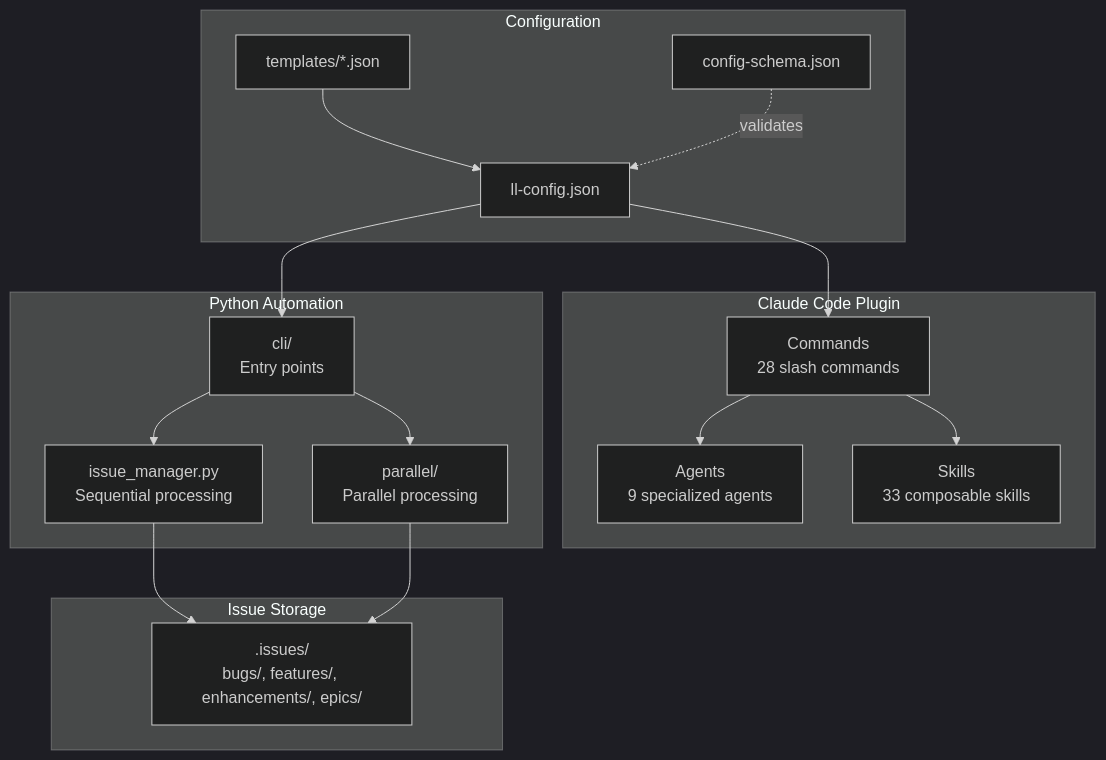
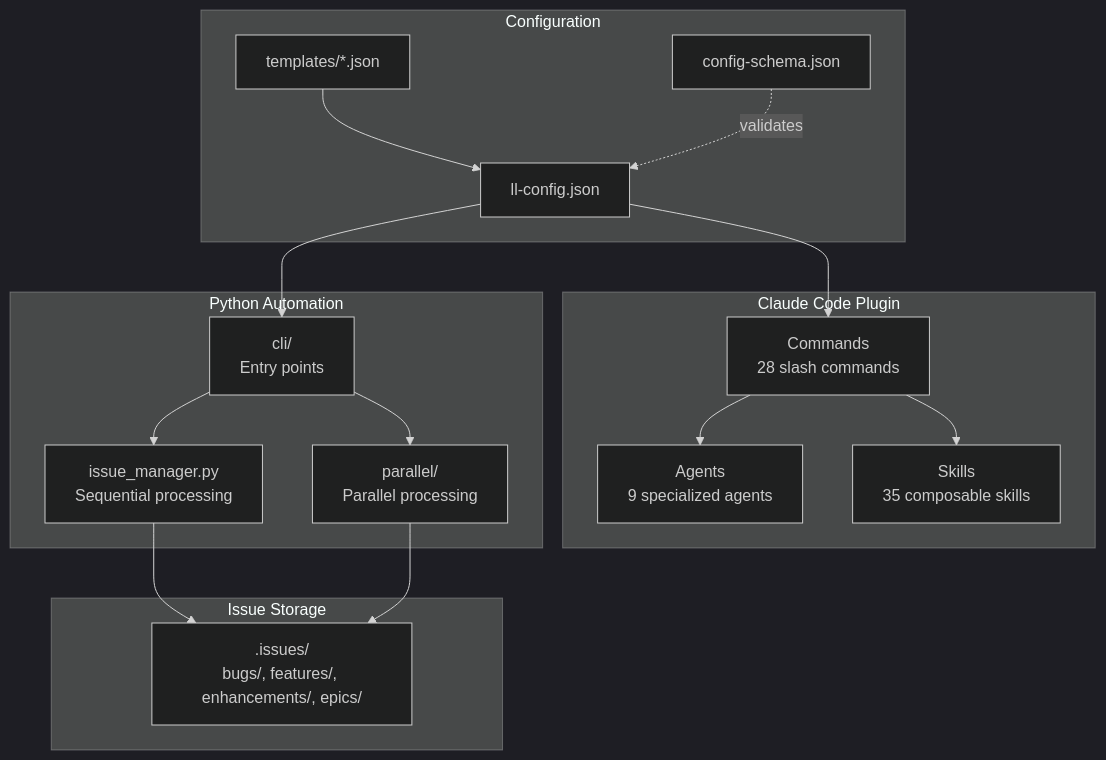
One commit to BrennonTWilliams/little-loops changed the first of 16 diagrams in docs/ARCHITECTURE.md. Above: the diagram before and after it, drawn with Mermaid (dark theme). The commit also changed 1 other file, not shown here.

Commit message:
docs: update component counts to match codebase
Correct stale numeric counts in README.md and ARCHITECTURE.md:
- skills: 63 → 35 (non-bridge), 33 → 35
- FSM loops: 69 → 71
- CLI tools: 31/30 → 32

All counts verified passing via ll-verify-docs.

````diff
--- a/docs/ARCHITECTURE.md
+++ b/docs/ARCHITECTURE.md
@@ -21,35 +21,35 @@
 ```mermaid
 flowchart TB
     subgraph "Claude Code Plugin"
         CMD[Commands<br/>28 slash commands]
         AGT[Agents<br/>9 specialized agents]
-        SKL[Skills<br/>33 composable skills]
+        SKL[Skills<br/>35 composable skills]
     end
 
     subgraph "Configuration"
         CFG[ll-config.json]
         SCHEMA[config-schema.json]
         TPL[templates/*.json]
     end
 
     subgraph "Python Automation"
         CLI[cli/<br/>Entry points]
         AUTO[issue_manager.py<br/>Sequential processing]
         PARALLEL[parallel/<br/>Parallel processing]
     end
 
     subgraph "Issue Storage"
         ISSUES[.issues/<br/>bugs/, features/, enhancements/, epics/]
     end
 
     CFG --> CMD
     TPL --> CFG
     SCHEMA -.->|validates| CFG
     CFG --> CLI
     CMD --> AGT
     CMD --> SKL
     CLI --> AUTO
     CLI --> PARALLEL
     AUTO --> ISSUES
     PARALLEL --> ISSUES
 ```
````
